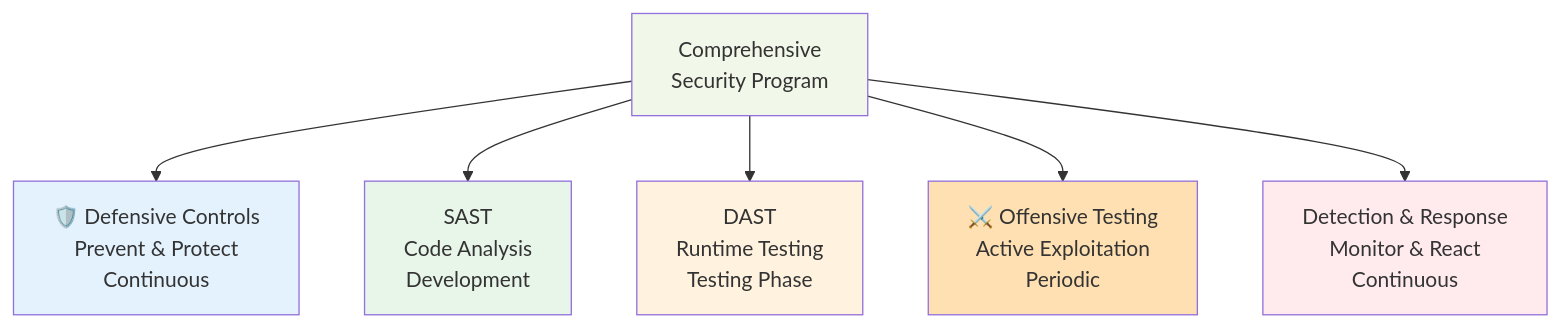
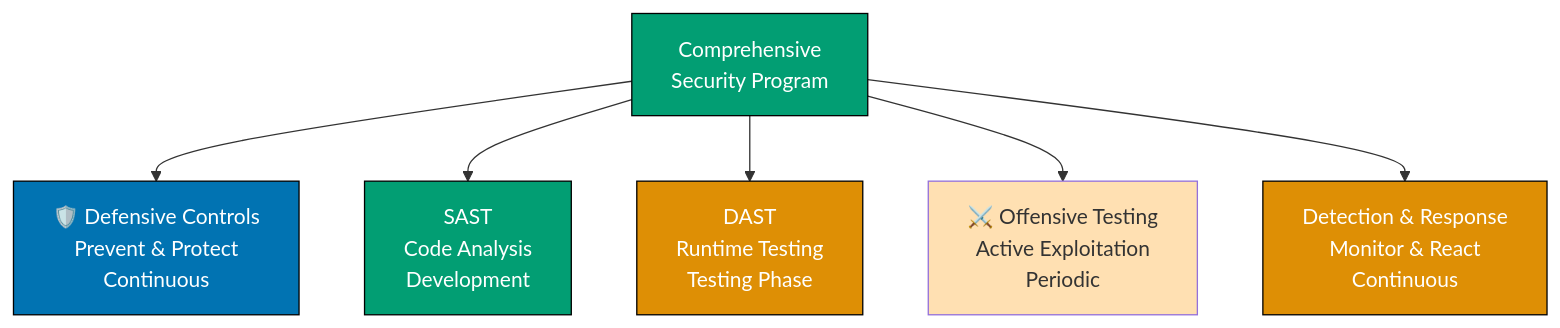
One commit to wahidyankf/open-sharia-enterprise changed the fourth of 4 diagrams in docs/explanation/information-security/ex-inse__defensive-security.md. Above: the diagram before and after it, drawn with Mermaid. The commit also changed other lines of this file and 22 other files, not shown here.

First line of the commit message:
docs(diagrams): ensure all mermaid diagrams use color-blind friendly palette

````diff
--- a/docs/explanation/information-security/ex-inse__defensive-security.md
+++ b/docs/explanation/information-security/ex-inse__defensive-security.md
@@ -459,22 +479,22 @@
 ```mermaid
 graph TD
     A["Comprehensive<br/>Security Program"]
     B["🛡️ Defensive Controls<br/>Prevent & Protect<br/>Continuous"]
     C["SAST<br/>Code Analysis<br/>Development"]
     D["DAST<br/>Runtime Testing<br/>Testing Phase"]
     E["⚔️ Offensive Testing<br/>Active Exploitation<br/>Periodic"]
     F["Detection & Response<br/>Monitor & React<br/>Continuous"]
 
     A --> B
     A --> C
     A --> D
     A --> E
     A --> F
 
-    style A fill:#f1f8e9
-    style B fill:#e3f2fd
-    style C fill:#e8f5e9
-    style D fill:#fff3e0
+    style A fill:#029E73,stroke:#000000,color:#FFFFFF
+    style B fill:#0173B2,stroke:#000000,color:#FFFFFF
+    style C fill:#029E73,stroke:#000000,color:#FFFFFF
+    style D fill:#DE8F05,stroke:#000000,color:#FFFFFF
     style E fill:#ffe0b2
-    style F fill:#ffebee
+    style F fill:#DE8F05,stroke:#000000,color:#FFFFFF
 ```
````
